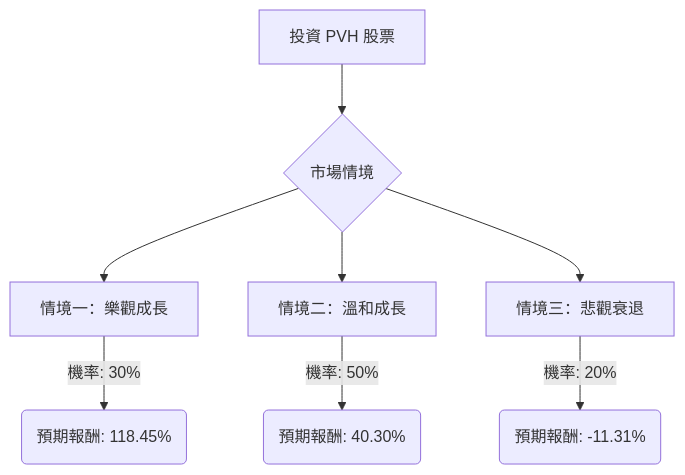
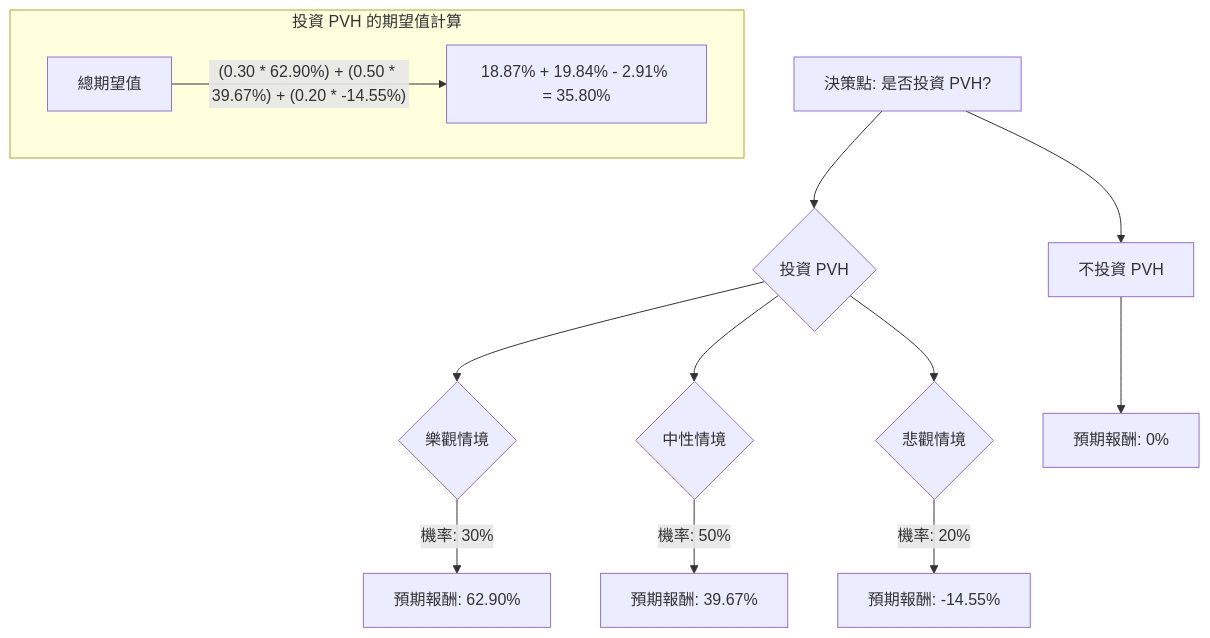
One commit to zmcx16/zmcx16.github.io changed the diagram in plugin-react/ai-analysis/ev-analysis/PVH.md. Above: the diagram before and after it, drawn with Mermaid. The commit also changed other lines of this file and 52 other files, not shown here.

````diff
--- a/plugin-react/ai-analysis/ev-analysis/PVH.md
+++ b/plugin-react/ai-analysis/ev-analysis/PVH.md
@@ -35,13 +48,20 @@
 ```mermaid
 graph TD
-    A[投資 PVH 股票] --> B{市場情境}
+    A[決策點: 是否投資 PVH?] --> B{投資 PVH}
+    A --> C[不投資 PVH]
 
-    B --> C1[情境一：樂觀成長]
-    C1 -- 機率: 30% --> D1(預期報酬: 118.45%)
+    B --> D{樂觀情境}
+    B --> E{中性情境}
+    B --> F{悲觀情境}
 
-    B --> C2[情境二：溫和成長]
-    C2 -- 機率: 50% --> D2(預期報酬: 40.30%)
+    D -- 機率: 30% --> D1[預期報酬: 62.90%]
+    E -- 機率: 50% --> E1[預期報酬: 39.67%]
+    F -- 機率: 20% --> F1[預期報酬: -14.55%]
 
-    B --> C3[情境三：悲觀衰退]
-    C3 -- 機率: 20% --> D3(預期報酬: -11.31%)
+    C --> C1[預期報酬: 0%]
+
+    subgraph 投資 PVH 的期望值計算
+        EV_Invest[總期望值]
+        EV_Invest -- (0.30 * 62.90%) + (0.50 * 39.67%) + (0.20 * -14.55%) --> G[18.87% + 19.84% - 2.91% = 35.80%]
+    end
 ```
````
